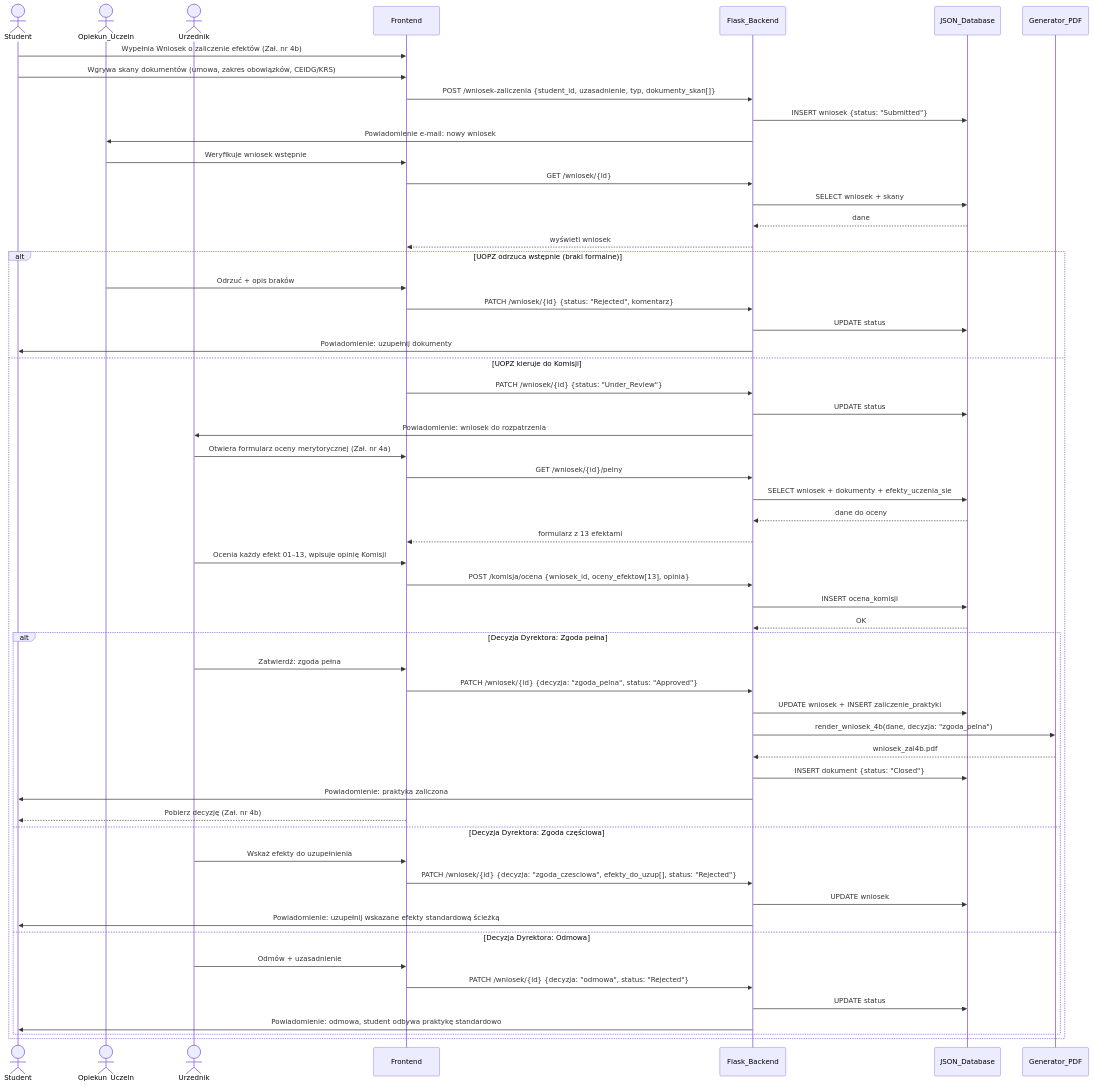
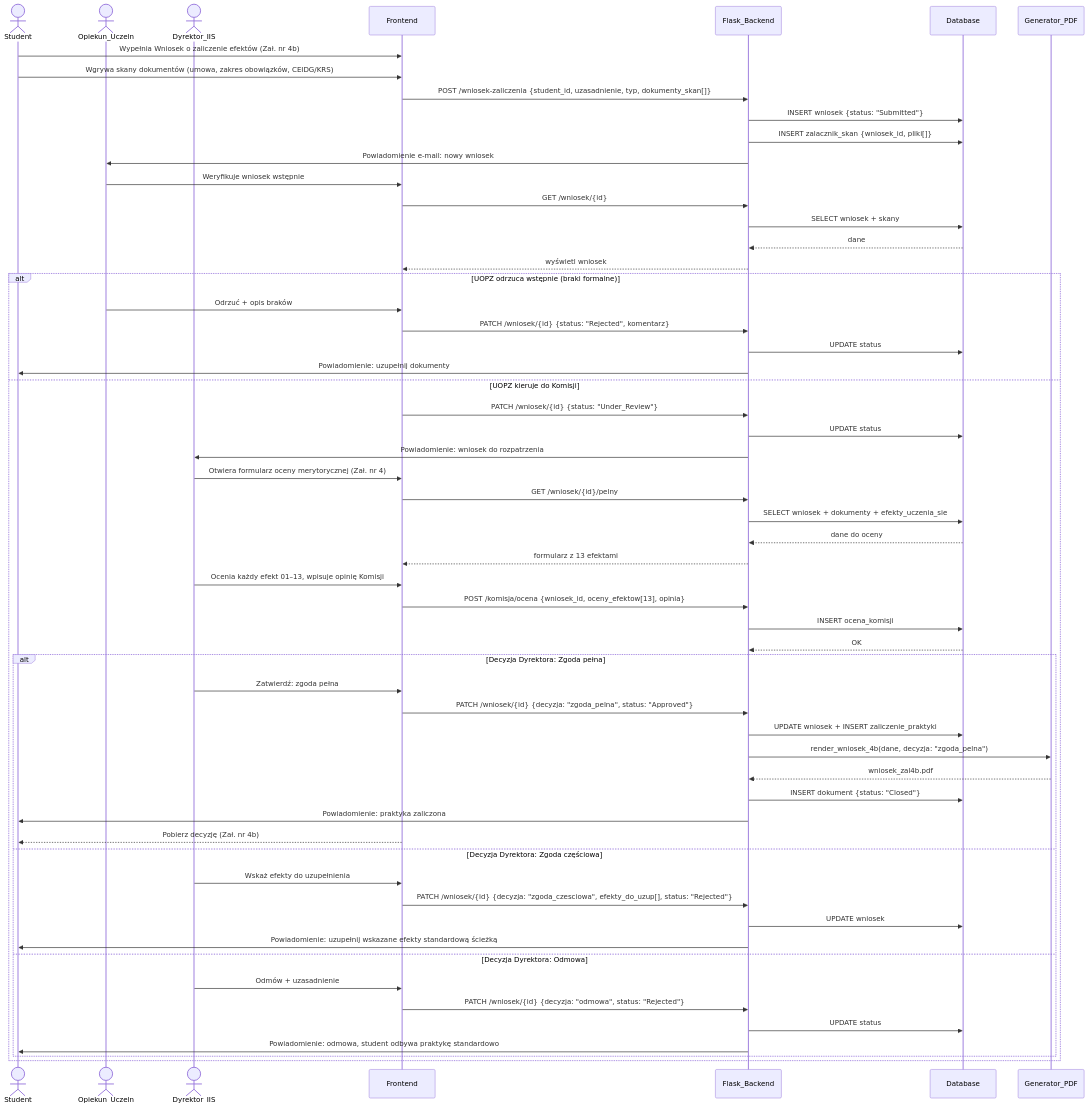
The diagram in docs/diagrams/sequence/07_sciezka_alternatywna.md (GacusPL/System-Obslugi-Praktyk-Zawodowych), drawn with Mermaid before and after one commit. The commit also changed 16 other files, not shown here.

````diff
--- a/docs/diagrams/sequence/07_sciezka_alternatywna.md
+++ b/docs/diagrams/sequence/07_sciezka_alternatywna.md
@@ -4,65 +4,66 @@
 ```mermaid
 sequenceDiagram
     actor S as Student
     actor UOPZ as Opiekun_Uczeln
-    actor Urz as Urzednik
+    actor Dyr as Dyrektor_IIS
     participant FE as Frontend
     participant FB as Flask_Backend
-    participant J as JSON_Database
+    participant DB as Database
     participant PDF as Generator_PDF
 
     S->>FE: Wypełnia Wniosek o zaliczenie efektów (Zał. nr 4b)
     S->>FE: Wgrywa skany dokumentów (umowa, zakres obowiązków, CEIDG/KRS)
     FE->>FB: POST /wniosek-zaliczenia {student_id, uzasadnienie, typ, dokumenty_skan[]}
-    FB->>J: INSERT wniosek {status: "Submitted"}
+    FB->>DB: INSERT wniosek {status: "Submitted"}
+    FB->>DB: INSERT zalacznik_skan {wniosek_id, pliki[]}
     FB->>UOPZ: Powiadomienie e-mail: nowy wniosek
 
     UOPZ->>FE: Weryfikuje wniosek wstępnie
     FE->>FB: GET /wniosek/{id}
-    FB->>J: SELECT wniosek + skany
-    J-->>FB: dane
+    FB->>DB: SELECT wniosek + skany
+    DB-->>FB: dane
     FB-->>FE: wyświetl wniosek
 
     alt UOPZ odrzuca wstępnie (braki formalne)
         UOPZ->>FE: Odrzuć + opis braków
         FE->>FB: PATCH /wniosek/{id} {status: "Rejected", komentarz}
-        FB->>J: UPDATE status
+        FB->>DB: UPDATE status
         FB->>S: Powiadomienie: uzupełnij dokumenty
     else UOPZ kieruje do Komisji
         FE->>FB: PATCH /wniosek/{id} {status: "Under_Review"}
-        FB->>J: UPDATE status
-        FB->>Urz: Powiadomienie: wniosek do rozpatrzenia
+        FB->>DB: UPDATE status
+        FB->>Dyr: Powiadomienie: wniosek do rozpatrzenia
 
-        Urz->>FE: Otwiera formularz oceny merytorycznej (Zał. nr 4a)
+        Dyr->>FE: Otwiera formularz oceny merytorycznej (Zał. nr 4)
         FE->>FB: GET /wniosek/{id}/pelny
-        FB->>J: SELECT wniosek + dokumenty + efekty_uczenia_sie
-        J-->>FB: dane do oceny
+        FB->>DB: SELECT wniosek + dokumenty + efekty_uczenia_sie
+        DB-->>FB: dane do oceny
         FB-->>FE: formularz z 13 efektami
 
-        Urz->>FE: Ocenia każdy efekt 01–13, wpisuje opinię Komisji
+        Dyr->>FE: Ocenia każdy efekt 01–13, wpisuje opinię Komisji
         FE->>FB: POST /komisja/ocena {wniosek_id, oceny_efektow[13], opinia}
-        FB->>J: INSERT ocena_komisji
-        J-->>FB: OK
+        FB->>DB: INSERT ocena_komisji
+        DB-->>FB: OK
 
         alt Decyzja Dyrektora: Zgoda pełna
-            Urz->>FE: Zatwierdź: zgoda pełna
+            Dyr->>FE: Zatwierdź: zgoda pełna
             FE->>FB: PATCH /wniosek/{id} {decyzja: "zgoda_pelna", status: "Approved"}
-            FB->>J: UPDATE wniosek + INSERT zaliczenie_praktyki
+            FB->>DB: UPDATE wniosek + INSERT zaliczenie_praktyki
             FB->>PDF: render_wniosek_4b(dane, decyzja: "zgoda_pelna")
             PDF-->>FB: wniosek_zal4b.pdf
-            FB->>J: INSERT dokument {status: "Closed"}
+            FB->>DB: INSERT dokument {status: "Closed"}
             FB->>S: Powiadomienie: praktyka zaliczona
             FE-->>S: Pobierz decyzję (Zał. nr 4b)
         else Decyzja Dyrektora: Zgoda częściowa
-            Urz->>FE: Wskaż efekty do uzupełnienia
+            Dyr->>FE: Wskaż efekty do uzupełnienia
             FE->>FB: PATCH /wniosek/{id} {decyzja: "zgoda_czesciowa", efekty_do_uzup[], status: "Rejected"}
-            FB->>J: UPDATE wniosek
+            FB->>DB: UPDATE wniosek
             FB->>S: Powiadomienie: uzupełnij wskazane efekty standardową ścieżką
         else Decyzja Dyrektora: Odmowa
-            Urz->>FE: Odmów + uzasadnienie
+            Dyr->>FE: Odmów + uzasadnienie
             FE->>FB: PATCH /wniosek/{id} {decyzja: "odmowa", status: "Rejected"}
-            FB->>J: UPDATE status
+            FB->>DB: UPDATE status
             FB->>S: Powiadomienie: odmowa, student odbywa praktykę standardowo
         end
     end
 ```
````
